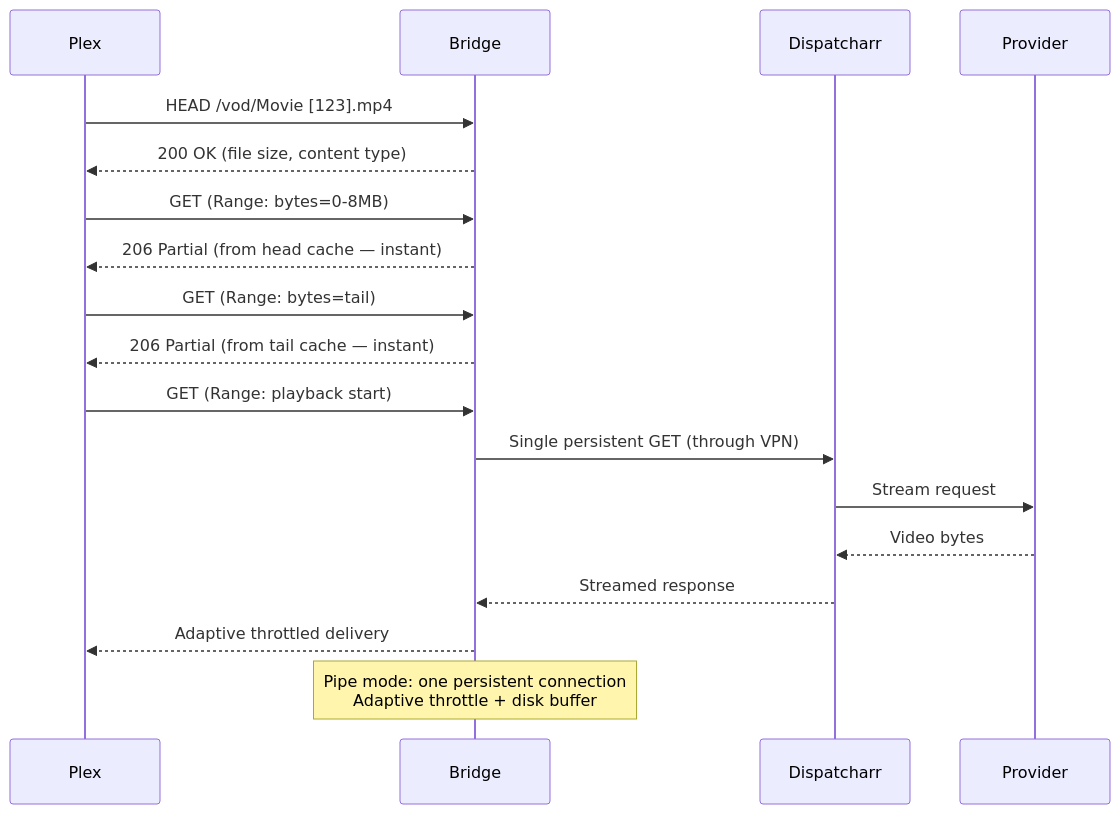
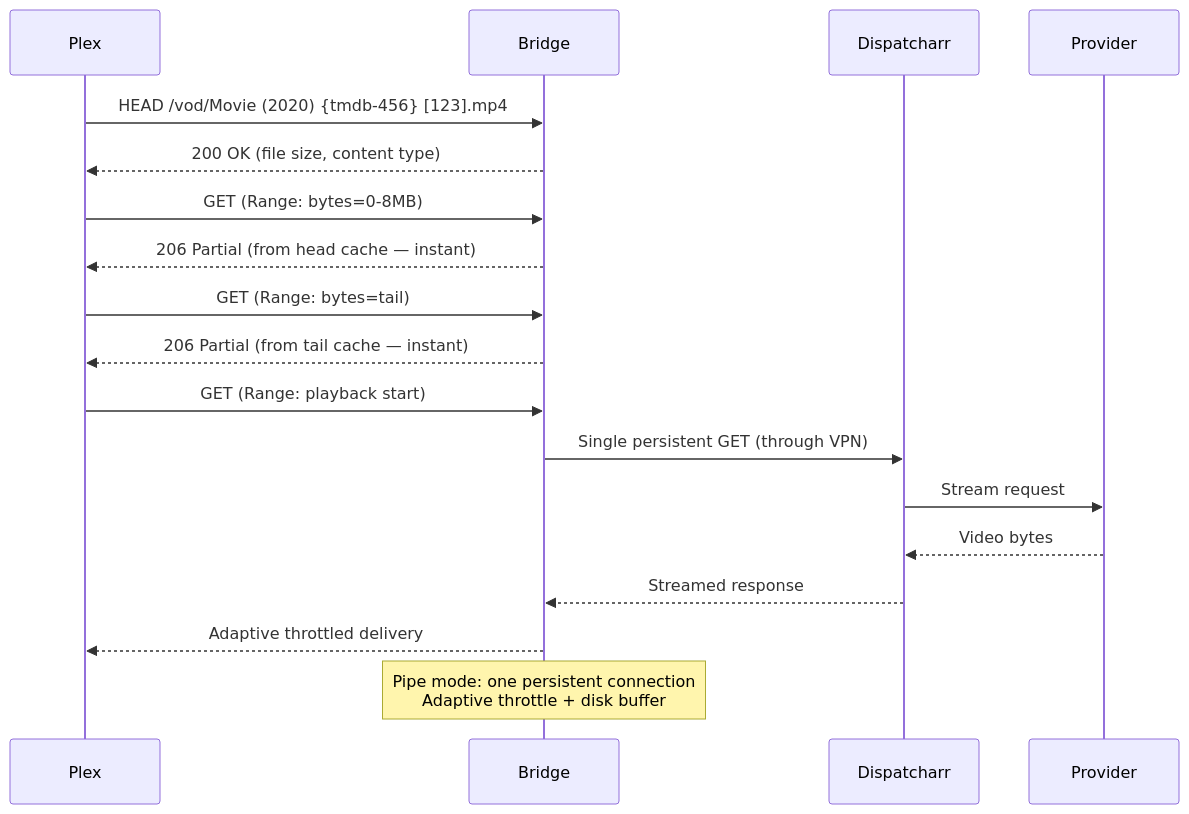
The second of 4 diagrams in README.md (knmplace/vod-plex-bridge), drawn with Mermaid before and after one commit. The commit also changed other lines of this file and 15 other files, not shown here.

````diff
--- a/README.md
+++ b/README.md
@@ -59,21 +61,21 @@
 ```mermaid
 sequenceDiagram
     participant P as Plex
     participant B as Bridge
     participant D as Dispatcharr
     participant S as Provider
 
-    P->>B: HEAD /vod/Movie [123].mp4
+    P->>B: HEAD /vod/Movie (2020) {tmdb-456} [123].mp4
     B-->>P: 200 OK (file size, content type)
     P->>B: GET (Range: bytes=0-8MB)
     B-->>P: 206 Partial (from head cache — instant)
     P->>B: GET (Range: bytes=tail)
     B-->>P: 206 Partial (from tail cache — instant)
     P->>B: GET (Range: playback start)
     B->>D: Single persistent GET (through VPN)
     D->>S: Stream request
     S-->>D: Video bytes
     D-->>B: Streamed response
     B-->>P: Adaptive throttled delivery
     Note over B: Pipe mode: one persistent connection<br/>Adaptive throttle + disk buffer
 ```
````
